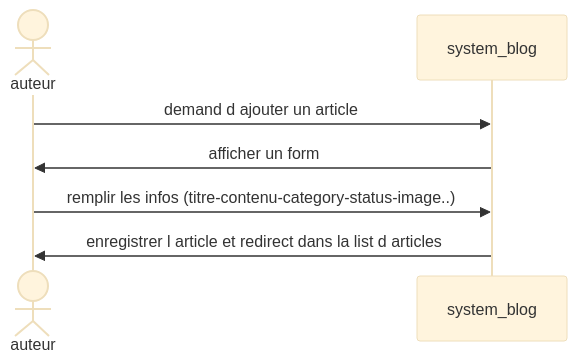
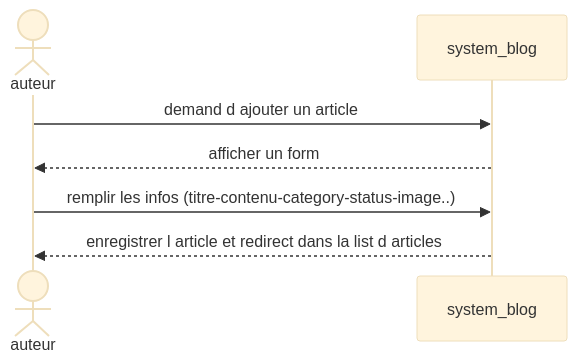
The diagram in Formaliser une fonctionnalité/Décrire le scénario d’une fonctionnalité/senario.mmd (elfaquihiayoub/mobile-tutos), drawn with Mermaid (base theme) before and after one commit. The commit also changed 1 other file, not shown here.

Commit message:
fixing the meaning of the sequenceDiagram

```diff
--- a/Formaliser une fonctionnalité/Décrire le scénario d’une fonctionnalité/senario.mmd
+++ b/Formaliser une fonctionnalité/Décrire le scénario d’une fonctionnalité/senario.mmd
@@ -1,7 +1,7 @@
 sequenceDiagram
     actor  auteur
     participant system_blog
     auteur->>system_blog: demand d ajouter un article
-    system_blog->>auteur: afficher un form
+    system_blog-->>auteur: afficher un form
     auteur->>system_blog: remplir les infos (titre-contenu-category-status-image..)
-    system_blog->>auteur: enregistrer l article et redirect dans la list d articles
+    system_blog-->>auteur: enregistrer l article et redirect dans la list d articles
```
